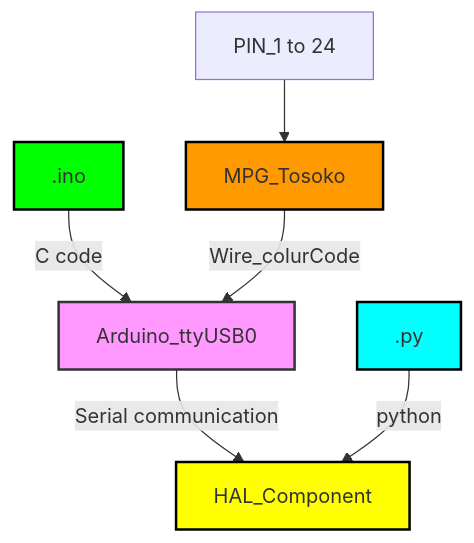
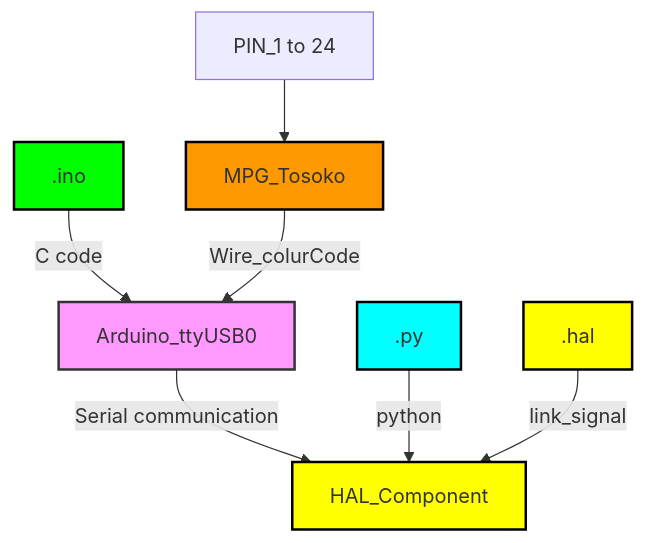
Before and after one commit to Tpj-root/MPG_pendant: the diagram in README.md, drawn with Mermaid.

````diff
--- a/README.md
+++ b/README.md
@@ -313,15 +313,16 @@
 ```mermaid
 graph TD;
     style A fill:#f9f,stroke:#333,stroke-width:2px;
     style B fill:#ff0,stroke:#000,stroke-width:2px;
     style C fill:#0f0,stroke:#000,stroke-width:2px;
     style D fill:#0ff,stroke:#000,stroke-width:2px;
     style E fill:#f90,stroke:#000,stroke-width:2px;
-
+    style F fill:#ff0,stroke:#000,stroke-width:2px;
     
     A[Arduino_ttyUSB0] --> |Serial communication| B[HAL_Component]
     C[.ino]  --> |C code|A
     D[.py]  --> |python| B
     E[MPG_Tosoko] --> |Wire_colurCode|A
     Pin_1[PIN_1 to 24]  --> E
+    F[.hal] --> |link_signal|B
 ```
````
